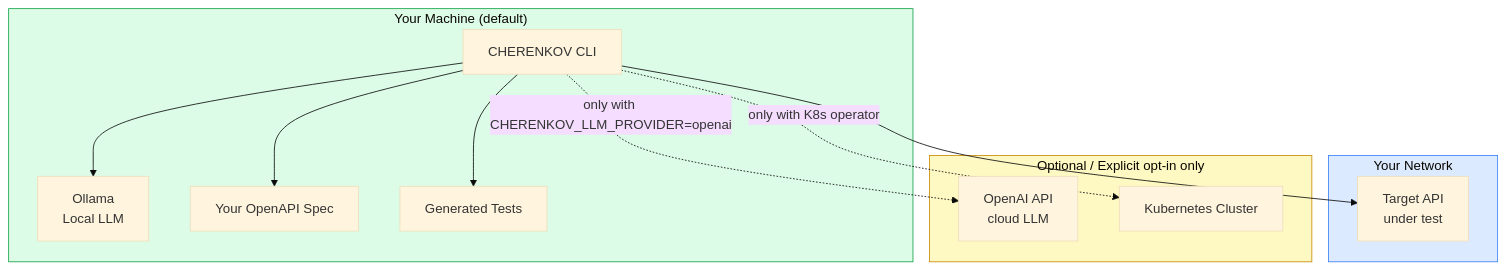
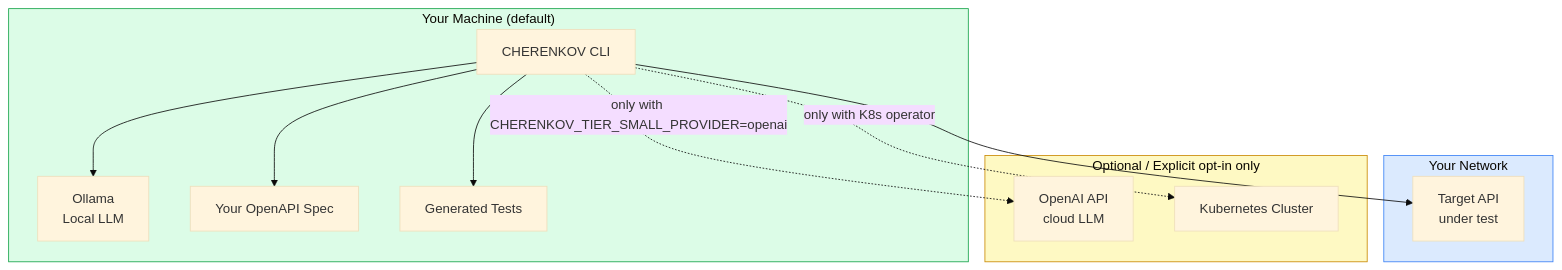
One commit to moaidmoatasem/cherenkov-qa changed the diagram in docs/wiki/Security.md. Above: the diagram before and after it, drawn with Mermaid (base theme). The commit also changed other lines of this file and 6 other files, not shown here.

````diff
--- a/docs/wiki/Security.md
+++ b/docs/wiki/Security.md
@@ -27,29 +27,29 @@
 ```mermaid
 flowchart TD
     subgraph LOCAL ["Your Machine (default)"]
         CLI[CHERENKOV CLI]
         OLLAMA[Ollama\nLocal LLM]
         SPEC[Your OpenAPI Spec]
         TESTS[Generated Tests]
     end
 
     subgraph TARGET ["Your Network"]
         API[Target API\nunder test]
     end
 
     subgraph OPTIONAL ["Optional / Explicit opt-in only"]
         OPENAI[OpenAI API\ncloud LLM]
         K8S[Kubernetes Cluster]
     end
 
     CLI --> OLLAMA
     CLI --> SPEC
     CLI --> TESTS
     CLI --> API
-    CLI -. "only with CHERENKOV_LLM_PROVIDER=openai" .-> OPENAI
+    CLI -. "only with CHERENKOV_TIER_SMALL_PROVIDER=openai" .-> OPENAI
     CLI -. "only with K8s operator" .-> K8S
 
     style LOCAL fill:#dcfce7,stroke:#16a34a
     style TARGET fill:#dbeafe,stroke:#3b82f6
     style OPTIONAL fill:#fef9c3,stroke:#ca8a04
 ```
````
